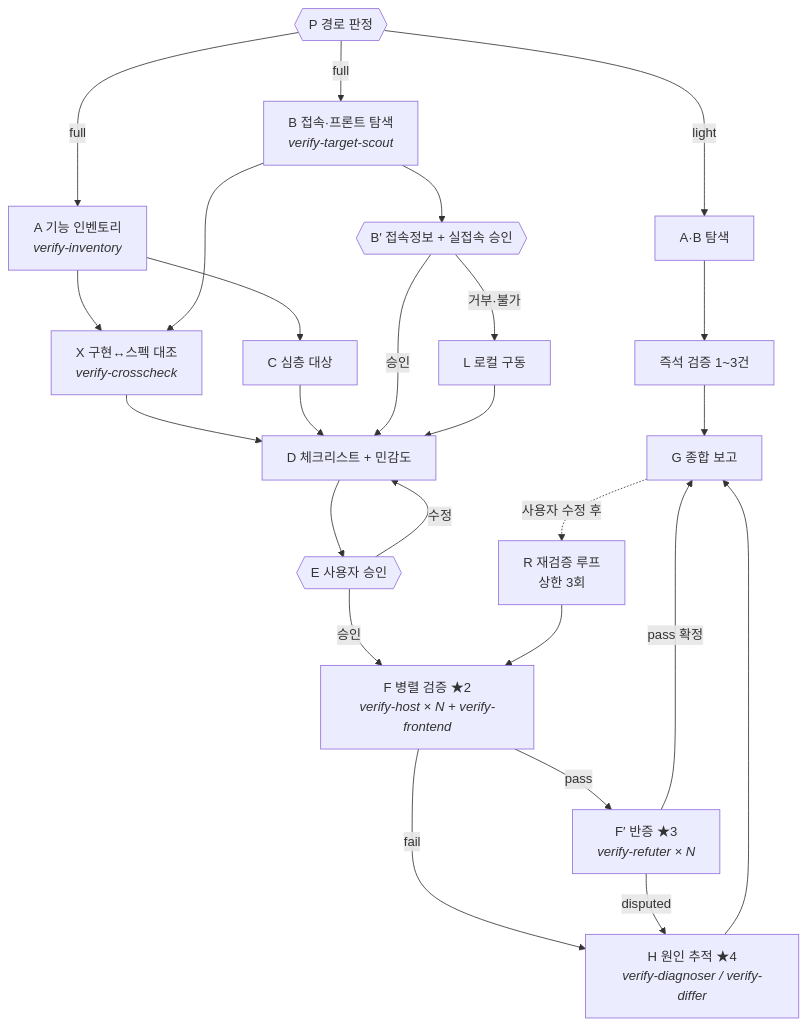
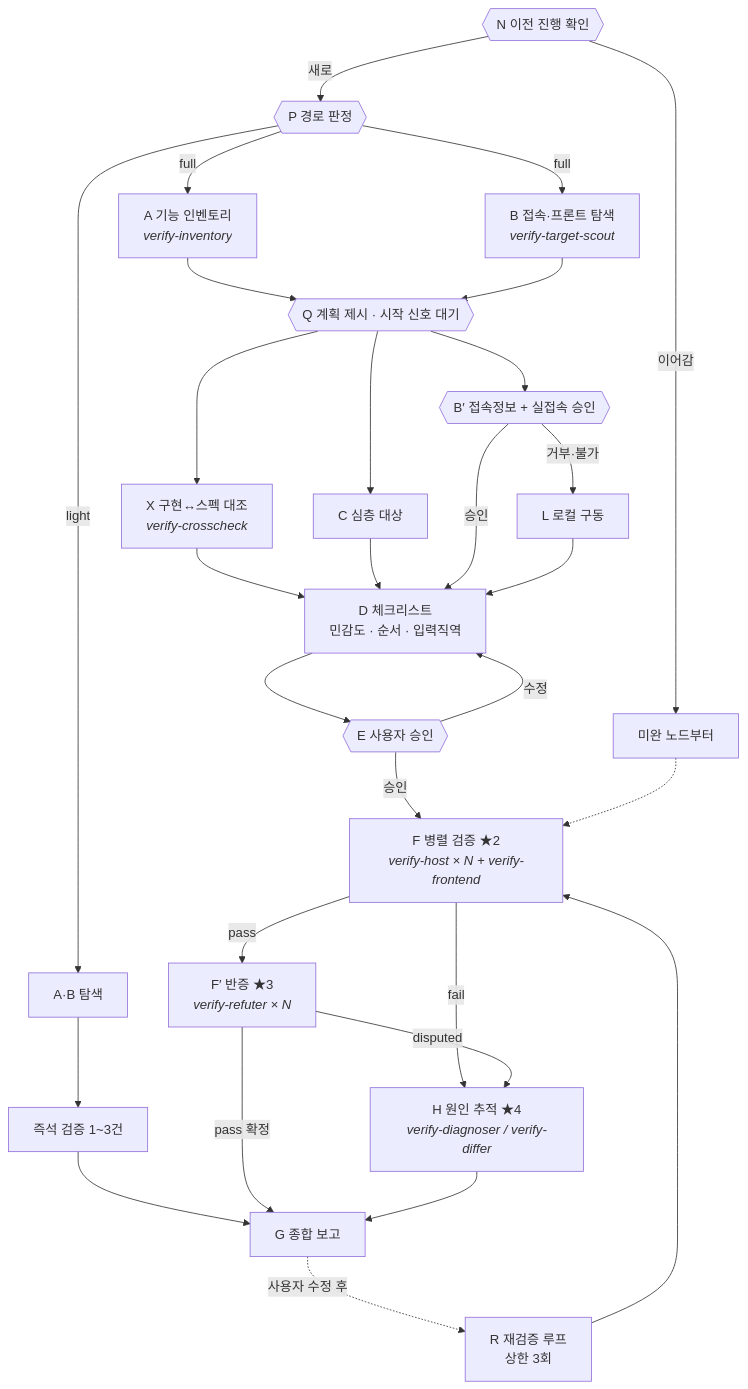
Before and after one commit to jollaman999/jolla-s-super-skills: the diagram in verify-impl/SKILL.md, drawn with Mermaid. The commit also changed other lines of this file and 13 other files, not shown here.

````diff
--- a/verify-impl/SKILL.md
+++ b/verify-impl/SKILL.md
@@ -61,25 +64,29 @@
 ```mermaid
 flowchart TD
-  P{{"P 경로 판정"}} -->|light| LA["A·B 탐색"] --> LV["즉석 검증 1~3건"] --> G
+  N{{"N 이전 진행 확인"}} -->|이어감| RESUME[미완 노드부터]
+  N -->|새로| P{{"P 경로 판정"}}
+  P -->|light| LA["A·B 탐색"] --> LV["즉석 검증 1~3건"] --> G
   P -->|full| A["A 기능 인벤토리<br/><i>verify-inventory</i>"]
   P -->|full| B["B 접속·프론트 탐색<br/><i>verify-target-scout</i>"]
-  A --> X["X 구현↔스펙 대조<br/><i>verify-crosscheck</i>"]
-  B --> X
-  A --> C[C 심층 대상]
-  B --> B2{{"B′ 접속정보 + 실접속 승인"}}
+  A --> Q{{"Q 계획 제시 · 시작 신호 대기"}}
+  B --> Q
+  Q --> X["X 구현↔스펙 대조<br/><i>verify-crosscheck</i>"]
+  Q --> C[C 심층 대상]
+  Q --> B2{{"B′ 접속정보 + 실접속 승인"}}
   B2 -->|거부·불가| L[L 로컬 구동]
-  X --> D[D 체크리스트 + 민감도]
+  X --> D["D 체크리스트<br/>민감도 · 순서 · 입력직역"]
   C --> D
   B2 -->|승인| D
   L --> D
   D --> E{{"E 사용자 승인"}}
   E -->|수정| D
   E -->|승인| F["F 병렬 검증 ★2<br/><i>verify-host × N + verify-frontend</i>"]
   F -->|pass| F2["F′ 반증 ★3<br/><i>verify-refuter × N</i>"]
   F -->|fail| H["H 원인 추적 ★4<br/><i>verify-diagnoser / verify-differ</i>"]
   F2 -->|disputed| H
   F2 -->|pass 확정| G[G 종합 보고]
   H --> G
   G -.->|사용자 수정 후| R["R 재검증 루프<br/>상한 3회"]
   R --> F
+  RESUME -.-> F
 ```
````
